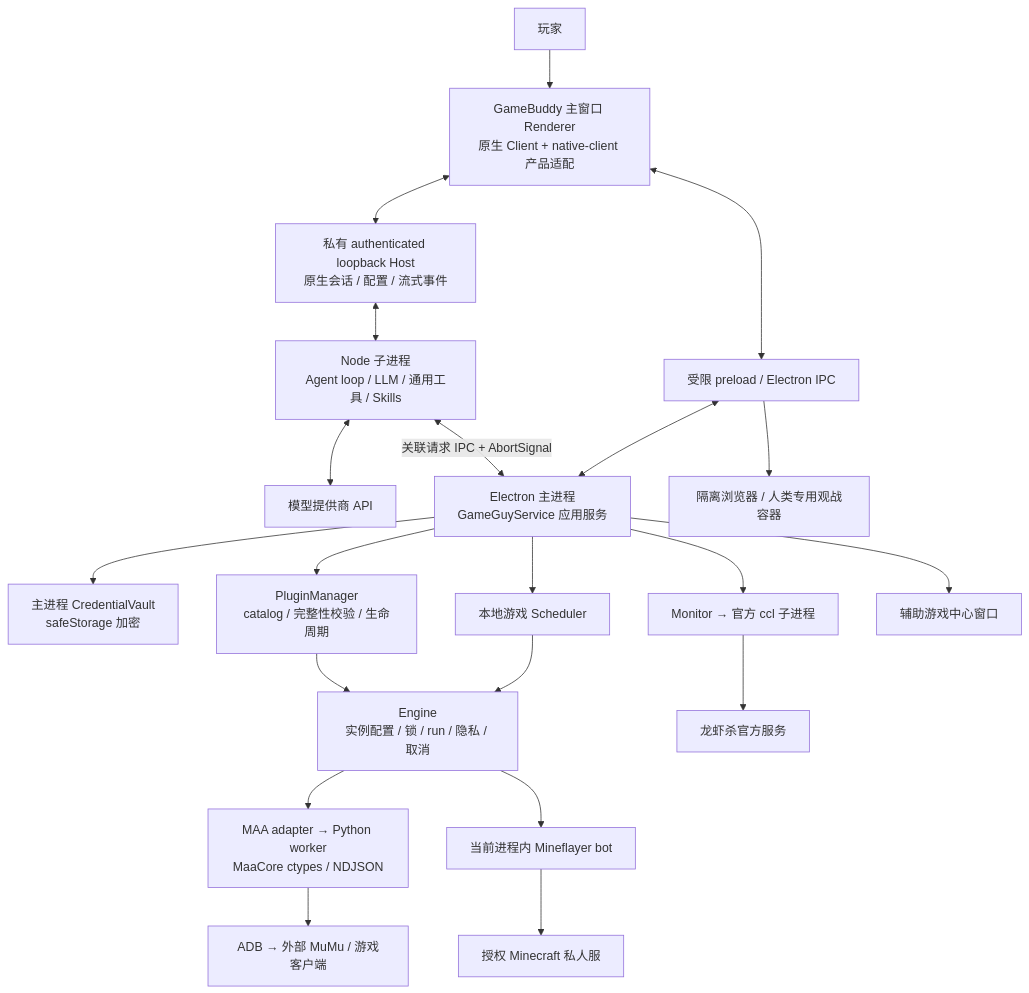
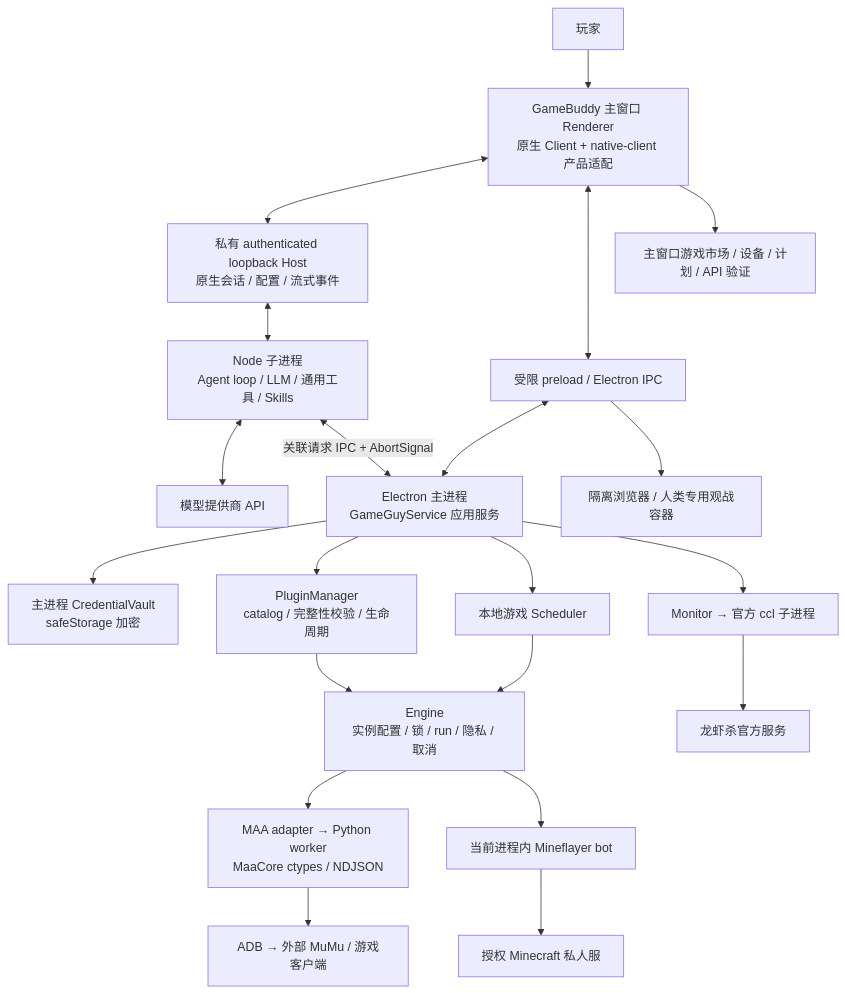
Before and after one commit to loofah0v0/gamebuddy: the diagram in README.md, drawn with Mermaid. The commit also changed other lines of this file and 12 other files, not shown here.

````diff
--- a/README.md
+++ b/README.md
@@ -105,23 +105,23 @@
 ```mermaid
 flowchart TB
   U[玩家] --> R[GameBuddy 主窗口 Renderer<br/>原生 Client + native-client 产品适配]
   R <--> H[私有 authenticated loopback Host<br/>原生会话 / 配置 / 流式事件]
   H <--> A[Node 子进程<br/>Agent loop / LLM / 通用工具 / Skills]
   A <--> L[模型提供商 API]
   R <--> P[受限 preload / Electron IPC]
   P <--> S[Electron 主进程<br/>GameGuyService 应用服务]
   A <-->|关联请求 IPC + AbortSignal| S
   S --> V[主进程 CredentialVault<br/>safeStorage 加密]
   S --> PM[PluginManager<br/>catalog / 完整性校验 / 生命周期]
   PM --> E[Engine<br/>实例配置 / 锁 / run / 隐私 / 取消]
   S --> Q[本地游戏 Scheduler]
   Q --> E
   E --> M[MAA adapter → Python worker<br/>MaaCore ctypes / NDJSON]
   M --> D[ADB → 外部 MuMu / 游戏客户端]
   E --> MC[当前进程内 Mineflayer bot]
   MC --> SV[授权 Minecraft 私人服]
   S --> C[Monitor → 官方 ccl 子进程]
   C --> CL[龙虾杀官方服务]
-  S --> GW[辅助游戏中心窗口]
+  R --> GW[主窗口游戏市场 / 设备 / 计划 / API 验证]
   P --> B[隔离浏览器 / 人类专用观战容器]
 ```
````
